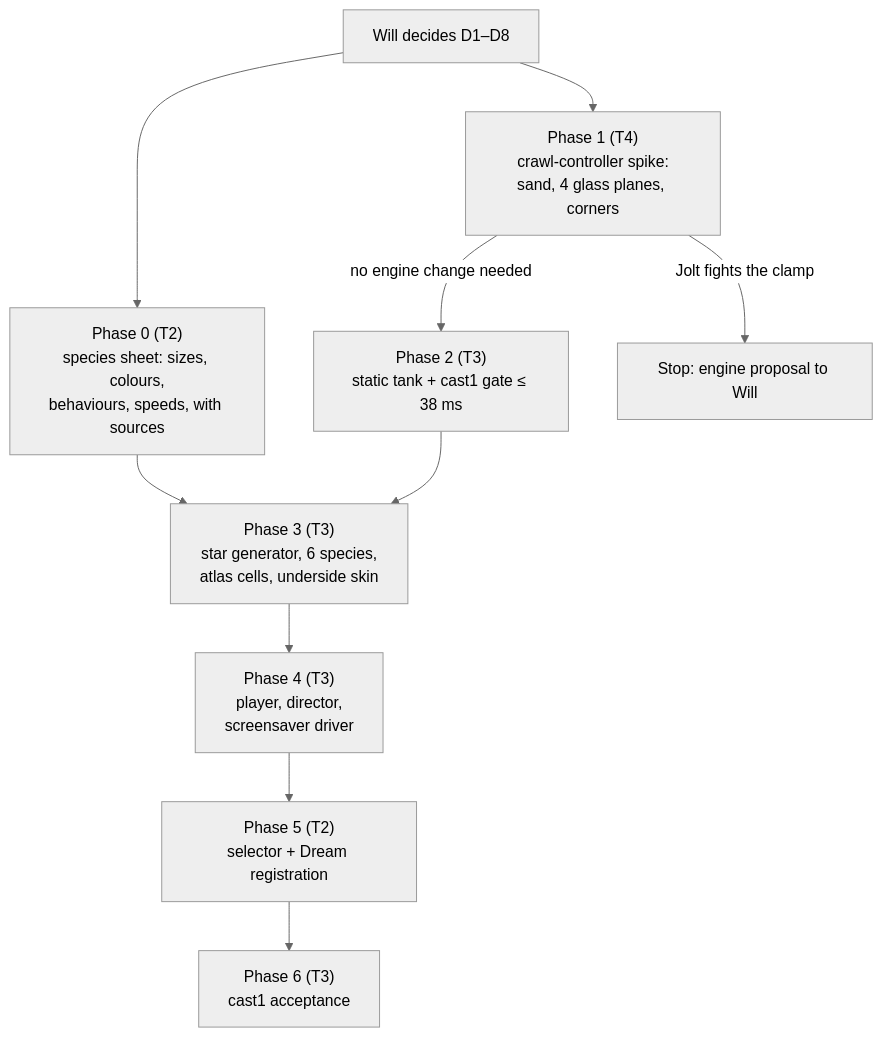
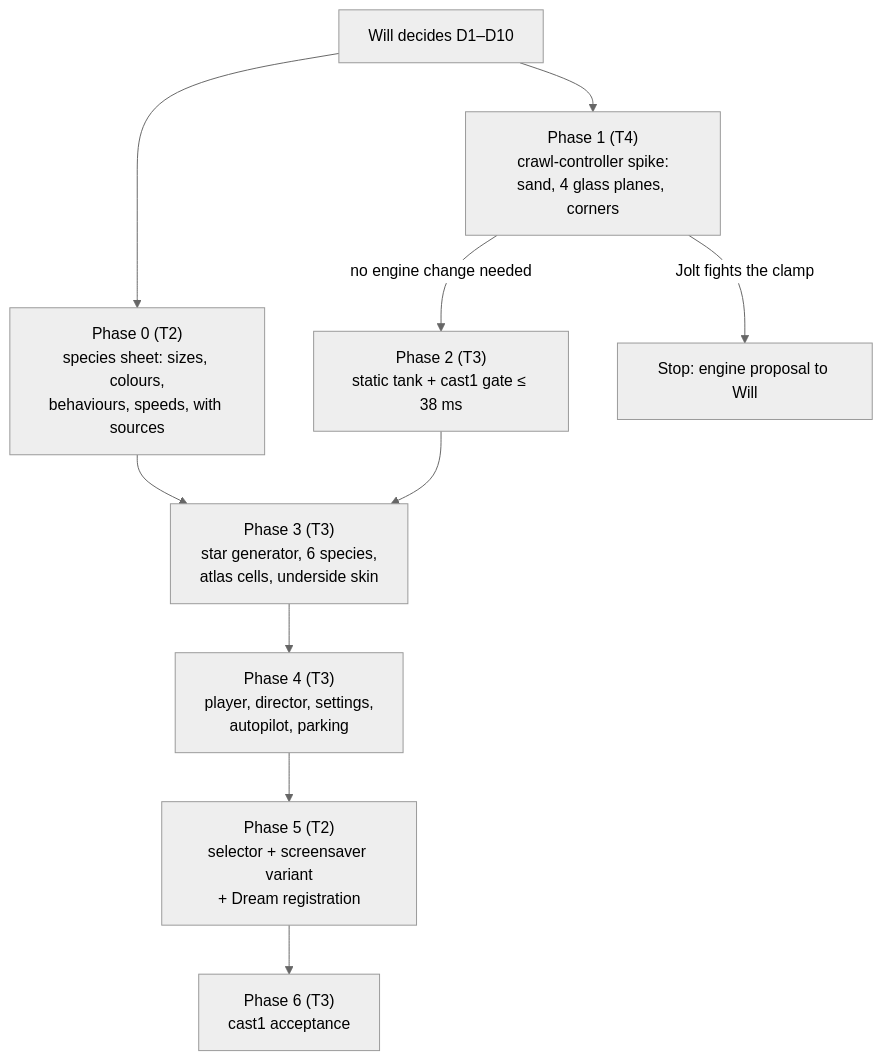
Before and after one commit to wbniv/WorldFoundry: the eighth of 9 diagrams in docs/plans/2026-11-10-starfish-tank.md, drawn with Mermaid (neutral theme). The commit also changed other lines of this file and 7 other files, not shown here.

First line of the commit message:
Plan: Sea Stars gets a screensaver variant and level settings

````diff
--- a/docs/plans/2026-11-10-starfish-tank.md
+++ b/docs/plans/2026-11-10-starfish-tank.md
@@ -176,12 +276,12 @@
 ```mermaid
 flowchart TD
-    D["Will decides D1–D8"] --> P0["Phase 0 (T2)<br/>species sheet: sizes, colours,<br/>behaviours, speeds, with sources"]
+    D["Will decides D1–D10"] --> P0["Phase 0 (T2)<br/>species sheet: sizes, colours,<br/>behaviours, speeds, with sources"]
     D --> P1["Phase 1 (T4)<br/>crawl-controller spike:<br/>sand, 4 glass planes, corners"]
     P1 -->|"no engine change needed"| P2["Phase 2 (T3)<br/>static tank + cast1 gate ≤ 38 ms"]
     P1 -->|"Jolt fights the clamp"| EP["Stop: engine proposal to Will"]
     P0 --> P3["Phase 3 (T3)<br/>star generator, 6 species,<br/>atlas cells, underside skin"]
     P2 --> P3
-    P3 --> P4["Phase 4 (T3)<br/>player, director,<br/>screensaver driver"]
-    P4 --> P5["Phase 5 (T2)<br/>selector + Dream registration"]
+    P3 --> P4["Phase 4 (T3)<br/>player, director, settings,<br/>autopilot, parking"]
+    P4 --> P5["Phase 5 (T2)<br/>selector + screensaver variant<br/>+ Dream registration"]
     P5 --> P6["Phase 6 (T3)<br/>cast1 acceptance"]
 ```
````
